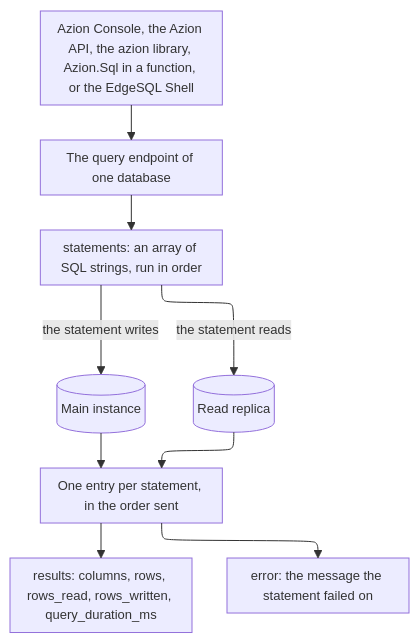
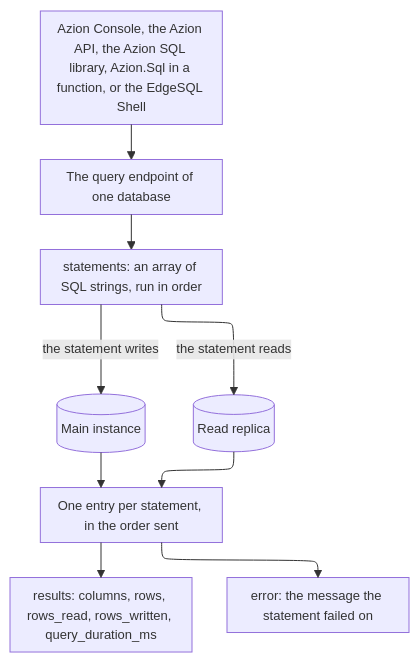
One commit to aziontech/docs changed the diagram in apps/docs/src/content/docs/en/pages/main-menu/reference/store/edge-sql/edge-sql.mdx. Above: the diagram before and after it, drawn with Mermaid. The commit also changed 19 other files, not shown here.

````diff
--- a/apps/docs/src/content/docs/en/pages/main-menu/reference/store/edge-sql/edge-sql.mdx
+++ b/apps/docs/src/content/docs/en/pages/main-menu/reference/store/edge-sql/edge-sql.mdx
@@ -71,12 +71,12 @@
 ```mermaid
 %%{init: {"layout": "elk", "themeVariables": {"fontSize": "13px"}, "flowchart": {"nodeSpacing": 24, "rankSpacing": 36, "padding": 8, "wrappingWidth": 150, "useMaxWidth": true}, "sequence": {"width": 120, "actorMargin": 30, "useMaxWidth": true}}}%%
 flowchart TD
-  Caller["Azion Console, the Azion API, the azion library, Azion.Sql in a function, or the EdgeSQL Shell"] --> Endpoint["The query endpoint of one database"]
+  Caller["Azion Console, the Azion API, the Azion SQL library, Azion.Sql in a function, or the EdgeSQL Shell"] --> Endpoint["The query endpoint of one database"]
   Endpoint --> Statements["statements: an array of SQL strings, run in order"]
   Statements -->|"the statement writes"| Main[("Main instance")]
   Statements -->|"the statement reads"| Replica[("Read replica")]
   Main --> Entry["One entry per statement, in the order sent"]
   Replica --> Entry
   Entry --> Results["results: columns, rows, rows_read, rows_written, query_duration_ms"]
   Entry --> Error["error: the message the statement failed on"]
 ```
````
